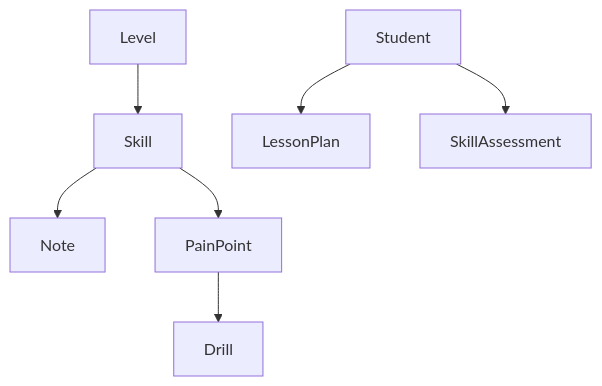
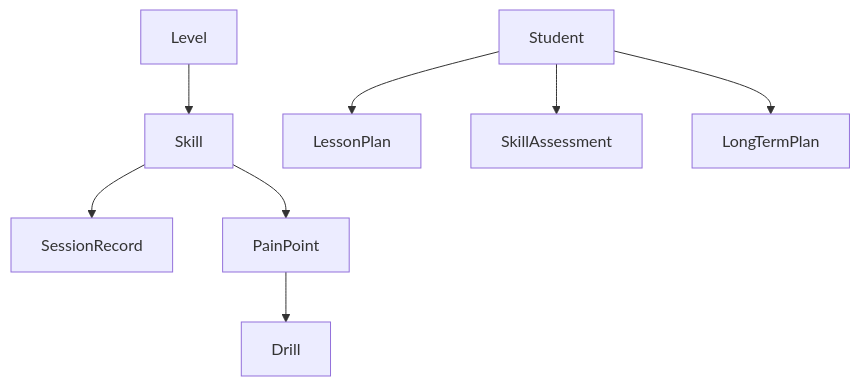
Before and after one commit to Q06183/AllLevelTennis: the second of 2 diagrams in .trae/documents/technical-architecture.md, drawn with Mermaid. The commit also changed other lines of this file and 18 other files, not shown here.

````diff
--- a/.trae/documents/technical-architecture.md
+++ b/.trae/documents/technical-architecture.md
@@ -53,9 +61,10 @@
 ```mermaid
 graph TD
   A[Level] --> B[Skill]
-  B --> C[Note]
+  B --> C[SessionRecord]
   B --> D[PainPoint]
   D --> E[Drill]
   F[Student] --> G[LessonPlan]
   F --> H[SkillAssessment]
+  F --> I[LongTermPlan]
 ```
````
